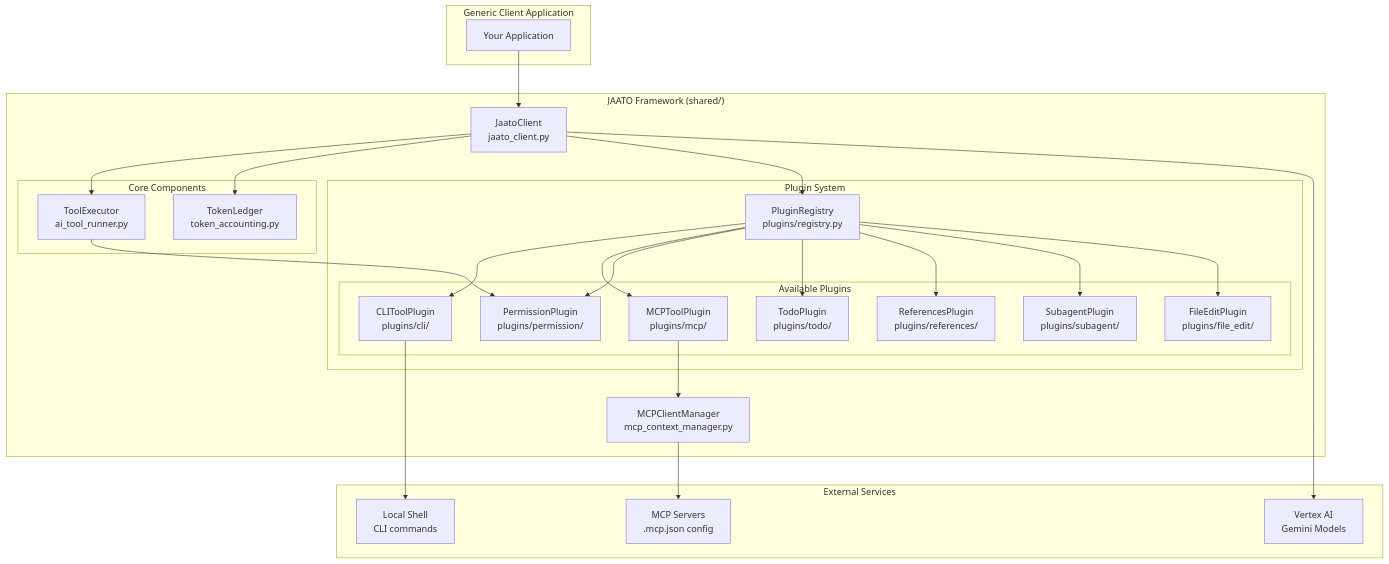
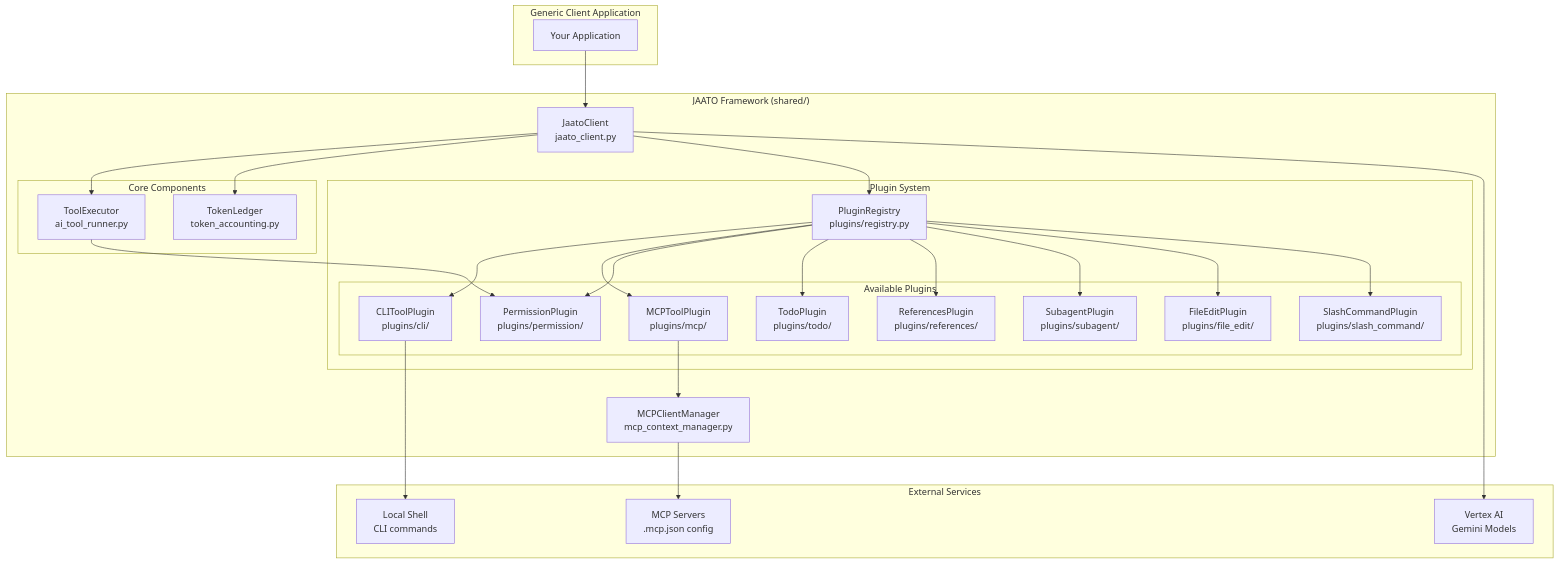
Before and after one commit to Jaato-framework-and-examples/jaato: the first of 3 diagrams in docs/architecture.md, drawn with Mermaid. The commit also changed other lines of this file, not shown here.

First line of the commit message:
docs(architecture): Add slash_command plugin to diagrams

````diff
--- a/docs/architecture.md
+++ b/docs/architecture.md
@@ -54,54 +54,56 @@
 ```mermaid
 flowchart TB
     subgraph Client["Generic Client Application"]
         App[Your Application]
     end
 
     subgraph Framework["JAATO Framework (shared/)"]
         JC[JaatoClient<br/>jaato_client.py]
 
         subgraph Core["Core Components"]
             TE[ToolExecutor<br/>ai_tool_runner.py]
             TL[TokenLedger<br/>token_accounting.py]
         end
 
         subgraph Plugins["Plugin System"]
             PR[PluginRegistry<br/>plugins/registry.py]
 
             subgraph Available["Available Plugins"]
                 CLI[CLIToolPlugin<br/>plugins/cli/]
                 MCP[MCPToolPlugin<br/>plugins/mcp/]
                 PERM[PermissionPlugin<br/>plugins/permission/]
                 TODO[TodoPlugin<br/>plugins/todo/]
                 REFS[ReferencesPlugin<br/>plugins/references/]
                 SUB[SubagentPlugin<br/>plugins/subagent/]
                 FEDIT[FileEditPlugin<br/>plugins/file_edit/]
+                SLASH[SlashCommandPlugin<br/>plugins/slash_command/]
             end
         end
 
         MCM[MCPClientManager<br/>mcp_context_manager.py]
     end
 
     subgraph External["External Services"]
         VAI[Vertex AI<br/>Gemini Models]
         MCPS[MCP Servers<br/>.mcp.json config]
         Shell[Local Shell<br/>CLI commands]
     end
 
     App --> JC
     JC --> TE
     JC --> TL
     JC --> PR
     PR --> CLI
     PR --> MCP
     PR --> PERM
     PR --> TODO
     PR --> REFS
     PR --> SUB
     PR --> FEDIT
+    PR --> SLASH
     TE --> PERM
     MCP --> MCM
     MCM --> MCPS
     CLI --> Shell
     JC --> VAI
 ```
````
